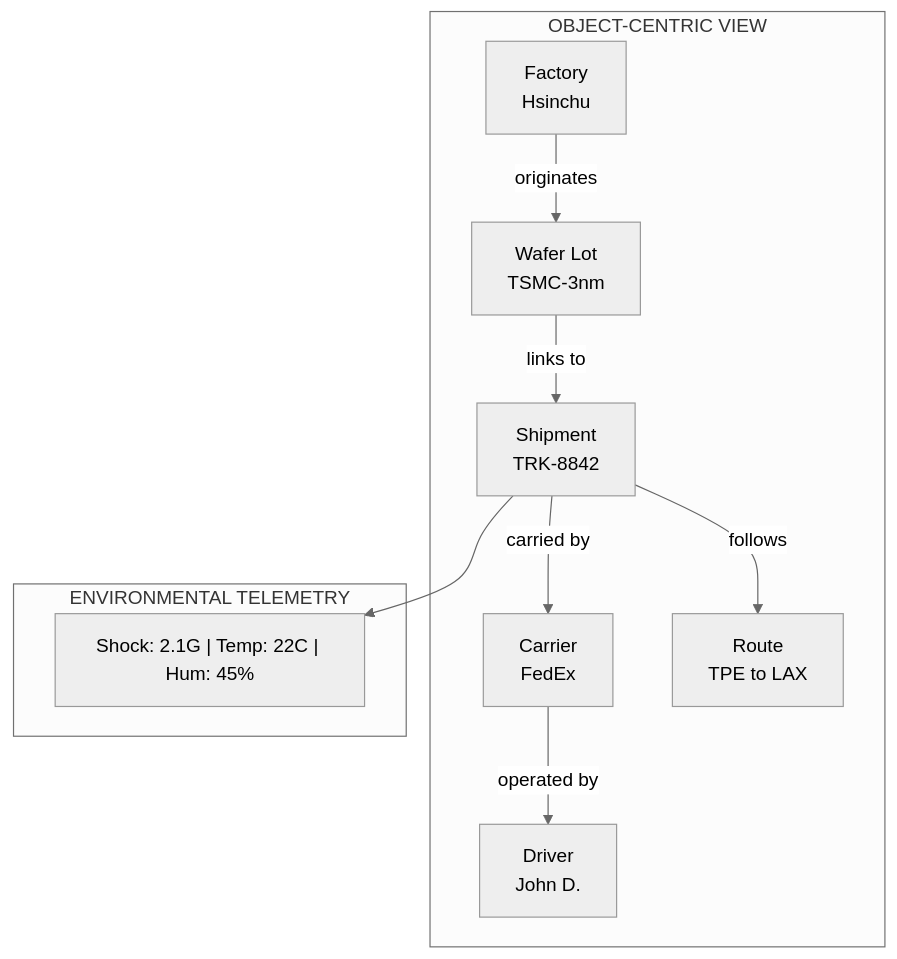
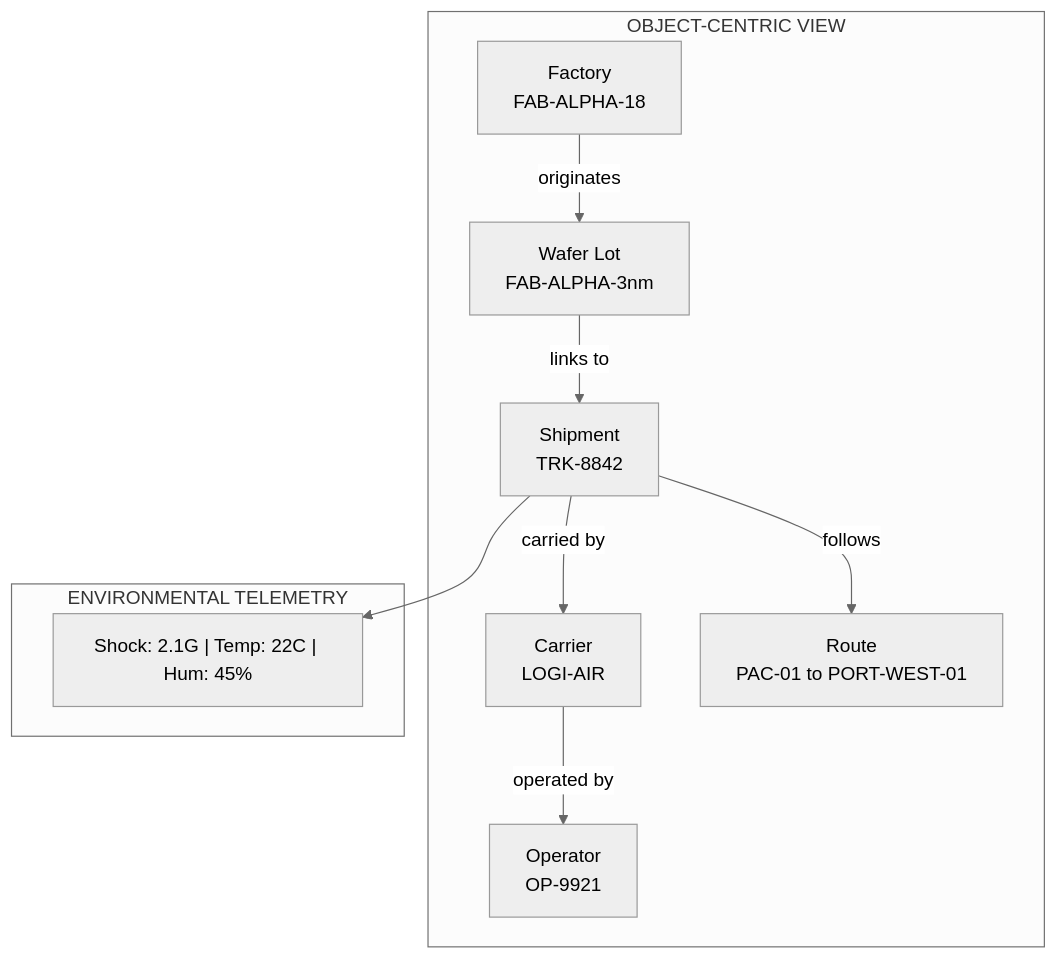
Before and after one commit to AngelP17/Transvec: the first of 8 diagrams in Transvec_Project_Specification.md, drawn with Mermaid (neutral theme). The commit also changed other lines of this file and 26 other files, not shown here.

````diff
--- a/Transvec_Project_Specification.md
+++ b/Transvec_Project_Specification.md
@@ -44,17 +44,17 @@
 ```mermaid
 flowchart TB
     subgraph ObjectCentric["OBJECT-CENTRIC VIEW"]
-        WL[Wafer Lot<br/>TSMC-3nm] -->|"links to"| SH[Shipment<br/>TRK-8842]
-        SH -->|"carried by"| CA[Carrier<br/>FedEx]
+        WL[Wafer Lot<br/>FAB-ALPHA-3nm] -->|"links to"| SH[Shipment<br/>TRK-8842]
+        SH -->|"carried by"| CA[Carrier<br/>LOGI-AIR]
 
-        FAC[Factory<br/>Hsinchu] -->|"originates"| WL
-        SH -->|"follows"| RT[Route<br/>TPE to LAX]
-        CA -->|"operated by"| DR[Driver<br/>John D.]
+        FAC[Factory<br/>FAB-ALPHA-18] -->|"originates"| WL
+        SH -->|"follows"| RT[Route<br/>PAC-01 to PORT-WEST-01]
+        CA -->|"operated by"| DR[Operator<br/>OP-9921]
     end
 
     subgraph Telemetry["ENVIRONMENTAL TELEMETRY"]
         TEL["Shock: 2.1G | Temp: 22C | Hum: 45%"]
     end
 
     SH --> TEL
 ```
````
